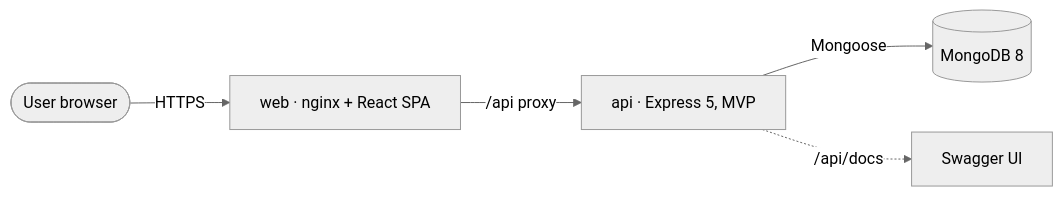
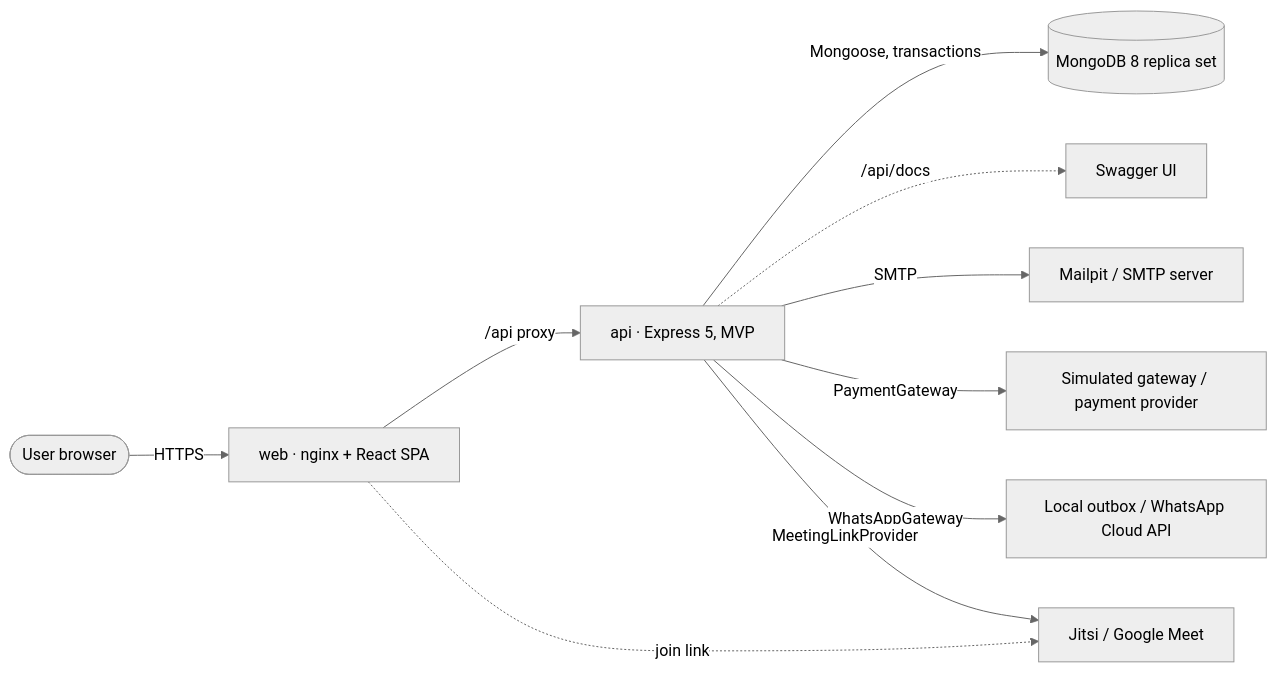
Before and after one commit to Org-Mentora/mentora-diploma: the first of 3 diagrams in docs/architecture/overview.md, drawn with Mermaid (neutral theme). The commit also changed other lines of this file and 4 other files, not shown here.

Commit message:
docs(architecture): add class and sequence diagrams

````diff
--- a/docs/architecture/overview.md
+++ b/docs/architecture/overview.md
@@ -5,7 +5,12 @@
 ```mermaid
 flowchart LR
   user([User browser]) -->|HTTPS| web[web · nginx + React SPA]
   web -->|/api proxy| api[api · Express 5, MVP]
-  api -->|Mongoose| mongo[(MongoDB 8)]
+  api -->|Mongoose, transactions| mongo[(MongoDB 8 replica set)]
   api -.->|/api/docs| swagger[Swagger UI]
+  api -->|SMTP| mail[Mailpit / SMTP server]
+  api -->|PaymentGateway| pay[Simulated gateway / payment provider]
+  api -->|WhatsAppGateway| wa[Local outbox / WhatsApp Cloud API]
+  api -->|MeetingLinkProvider| meet[Jitsi / Google Meet]
+  web -.->|join link| meet
 ```
````
